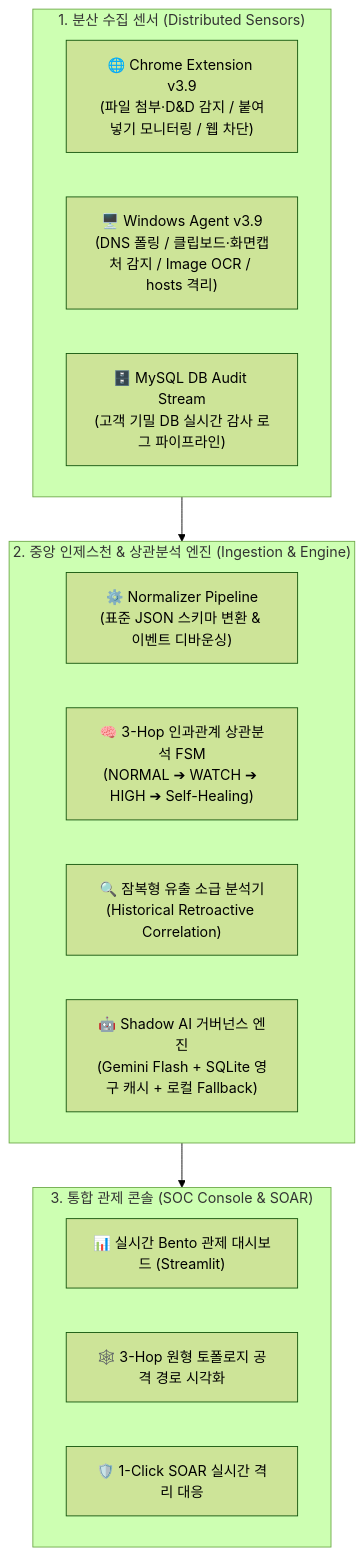
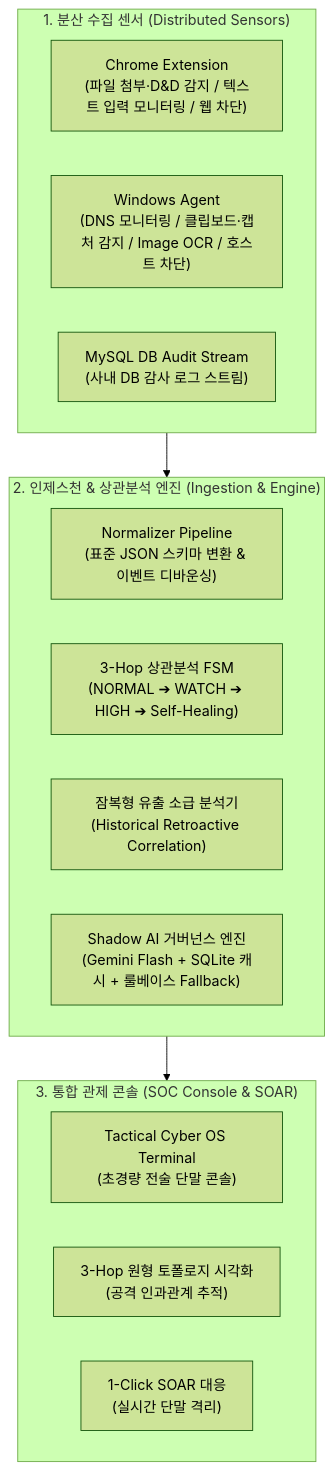
The second of 2 diagrams in README.md (dldaudlee36/GIGANG), drawn with Mermaid (forest theme) before and after one commit. The commit also changed other lines of this file, not shown here.

Commit message:
docs(readme): reflect cyber os main terminal updates and humanize documentation

````diff
--- a/README.md
+++ b/README.md
@@ -156,24 +128,24 @@
 ```mermaid
 flowchart TB
     subgraph Tier1["1. 분산 수집 센서 (Distributed Sensors)"]
-        A["🌐 Chrome Extension v3.9<br/>(파일 첨부·D&D 감지 / 붙여넣기 모니터링 / 웹 차단)"]
-        B["🖥️ Windows Agent v3.9<br/>(DNS 폴링 / 클립보드·화면캡처 감지 / Image OCR / hosts 격리)"]
-        C["🗄️ MySQL DB Audit Stream<br/>(고객 기밀 DB 실시간 감사 로그 파이프라인)"]
+        A["Chrome Extension<br/>(파일 첨부·D&D 감지 / 텍스트 입력 모니터링 / 웹 차단)"]
+        B["Windows Agent<br/>(DNS 모니터링 / 클립보드·캡처 감지 / Image OCR / 호스트 차단)"]
+        C["MySQL DB Audit Stream<br/>(사내 DB 감사 로그 스트림)"]
     end
 
-    subgraph Tier2["2. 중앙 인제스천 & 상관분석 엔진 (Ingestion & Engine)"]
-        D["⚙️ Normalizer Pipeline<br/>(표준 JSON 스키마 변환 & 이벤트 디바운싱)"]
-        E["🧠 3-Hop 인과관계 상관분석 FSM<br/>(NORMAL ➔ WATCH ➔ HIGH ➔ Self-Healing)"]
-        F["🔍 잠복형 유출 소급 분석기<br/>(Historical Retroactive Correlation)"]
-        G["🤖 Shadow AI 거버넌스 엔진<br/>(Gemini Flash + SQLite 영구 캐시 + 로컬 Fallback)"]
+    subgraph Tier2["2. 인제스천 & 상관분석 엔진 (Ingestion & Engine)"]
+        D["Normalizer Pipeline<br/>(표준 JSON 스키마 변환 & 이벤트 디바운싱)"]
+        E["3-Hop 상관분석 FSM<br/>(NORMAL ➔ WATCH ➔ HIGH ➔ Self-Healing)"]
+        F["잠복형 유출 소급 분석기<br/>(Historical Retroactive Correlation)"]
+        G["Shadow AI 거버넌스 엔진<br/>(Gemini Flash + SQLite 캐시 + 룰베이스 Fallback)"]
     end
 
     subgraph Tier3["3. 통합 관제 콘솔 (SOC Console & SOAR)"]
-        H["📊 실시간 Bento 관제 대시보드 (Streamlit)"]
-        I["🕸️ 3-Hop 원형 토폴로지 공격 경로 시각화"]
-        J["🛡️ 1-Click SOAR 실시간 격리 대응"]
+        H["Tactical Cyber OS Terminal<br/>(초경량 전술 단말 콘솔)"]
+        I["3-Hop 원형 토폴로지 시각화<br/>(공격 인과관계 추적)"]
+        J["1-Click SOAR 대응<br/>(실시간 단말 격리)"]
     end
 
     Tier1 --> Tier2
     Tier2 --> Tier3
 ```
````
